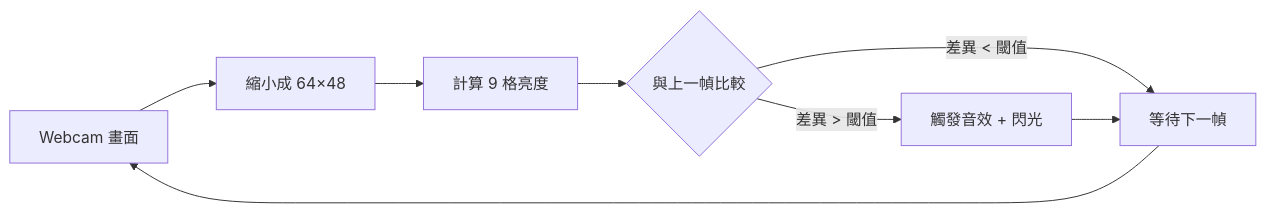
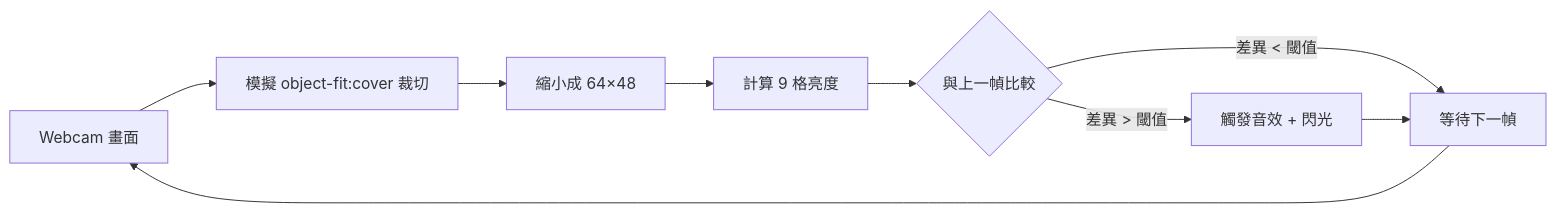
One commit to tznthou/day-07-neon-drum changed the first of 2 diagrams in README.md. Above: the diagram before and after it, drawn with Mermaid. The commit also changed other lines of this file, not shown here.

````diff
--- a/README.md
+++ b/README.md
@@ -20,10 +21,11 @@
 ```mermaid
 flowchart LR
-    A[Webcam 畫面] --> B[縮小成 64×48]
-    B --> C[計算 9 格亮度]
-    C --> D{與上一幀比較}
-    D -->|差異 > 閾值| E[觸發音效 + 閃光]
-    D -->|差異 < 閾值| F[等待下一幀]
-    E --> F
-    F --> A
+    A[Webcam 畫面] --> B[模擬 object-fit:cover 裁切]
+    B --> C[縮小成 64×48]
+    C --> D[計算 9 格亮度]
+    D --> E{與上一幀比較}
+    E -->|差異 > 閾值| F[觸發音效 + 閃光]
+    E -->|差異 < 閾值| G[等待下一幀]
+    F --> G
+    G --> A
 ```
````
